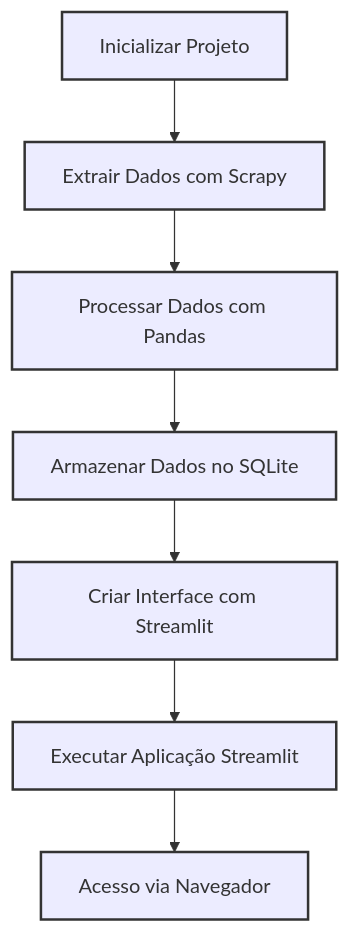
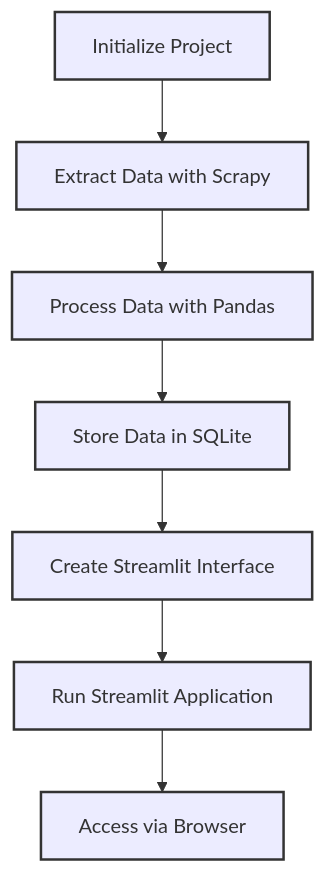
One commit to Gustavo-B-Morales-S/Footwear-Market-Data-Pipeline changed the diagram in README.MD. Above: the diagram before and after it, drawn with Mermaid. The commit also changed other lines of this file, not shown here.

````diff
--- a/README.MD
+++ b/README.MD
@@ -6,17 +5,17 @@
 ```mermaid
 graph TD;
-    A[Inicializar Projeto] --> B[Extrair Dados com Scrapy];
-    B --> C[Processar Dados com Pandas];
-    C --> D[Armazenar Dados no SQLite];
-    D --> E[Criar Interface com Streamlit];
-    E --> F[Executar Aplicação Streamlit];
-    F --> G[Acesso via Navegador];
+    A[Initialize Project] --> B[Extract Data with Scrapy];
+    B --> C[Process Data with Pandas];
+    C --> D[Store Data in SQLite];
+    D --> E[Create Streamlit Interface];
+    E --> F[Run Streamlit Application];
+    F --> G[Access via Browser];
 
     style A stroke:#333,stroke-width:2px;
     style B stroke:#333,stroke-width:2px;
     style C stroke:#333,stroke-width:2px;
     style D stroke:#333,stroke-width:2px;
     style E stroke:#333,stroke-width:2px;
     style F stroke:#333,stroke-width:2px;
     style G stroke:#333,stroke-width:2px;
 ```
````
